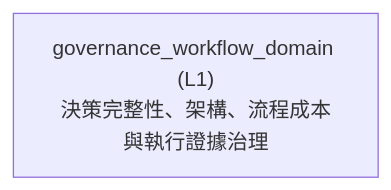
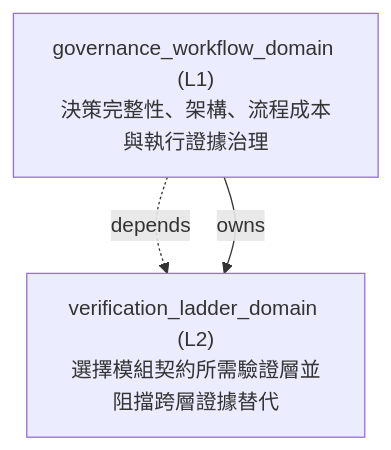
The first of 2 diagrams in architecture/generated/governance_workflow_domain.md (ShinWeiPeng/skills), drawn with Mermaid before and after one commit. The commit also changed other lines of this file and 31 other files, not shown here.

Commit message:
feat: add verification ladder and release 0.10.0

````diff
--- a/architecture/generated/governance_workflow_domain.md
+++ b/architecture/generated/governance_workflow_domain.md
@@ -7,4 +7,7 @@
 ```mermaid
 flowchart TD
     n_governance_workflow_domain["governance_workflow_domain (L1)<br/>決策完整性、架構、流程成本與執行證據治理"]
+    n_verification_ladder_domain["verification_ladder_domain (L2)<br/>選擇模組契約所需驗證層並阻擋跨層證據替代"]
+    n_governance_workflow_domain -.->|depends| n_verification_ladder_domain
+    n_governance_workflow_domain -->|owns| n_verification_ladder_domain
 ```
````
